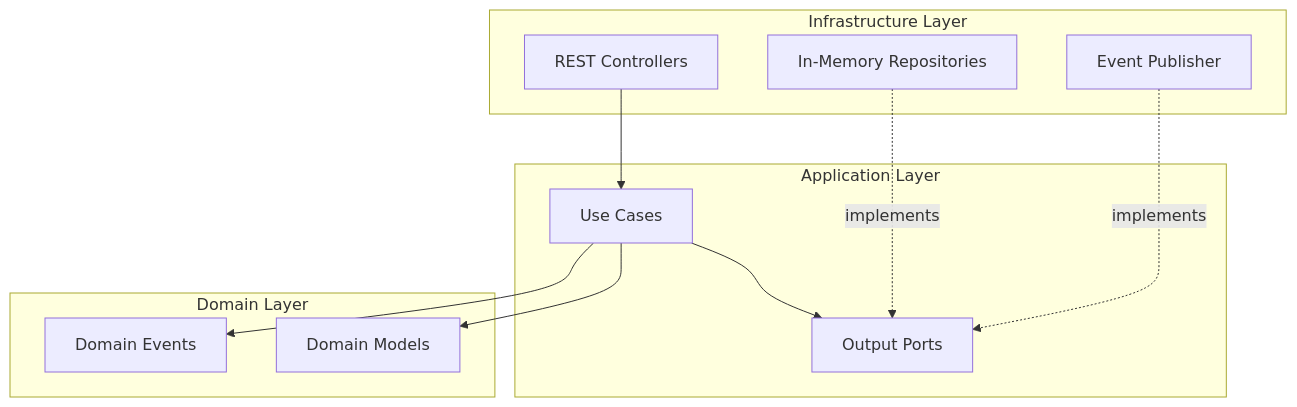
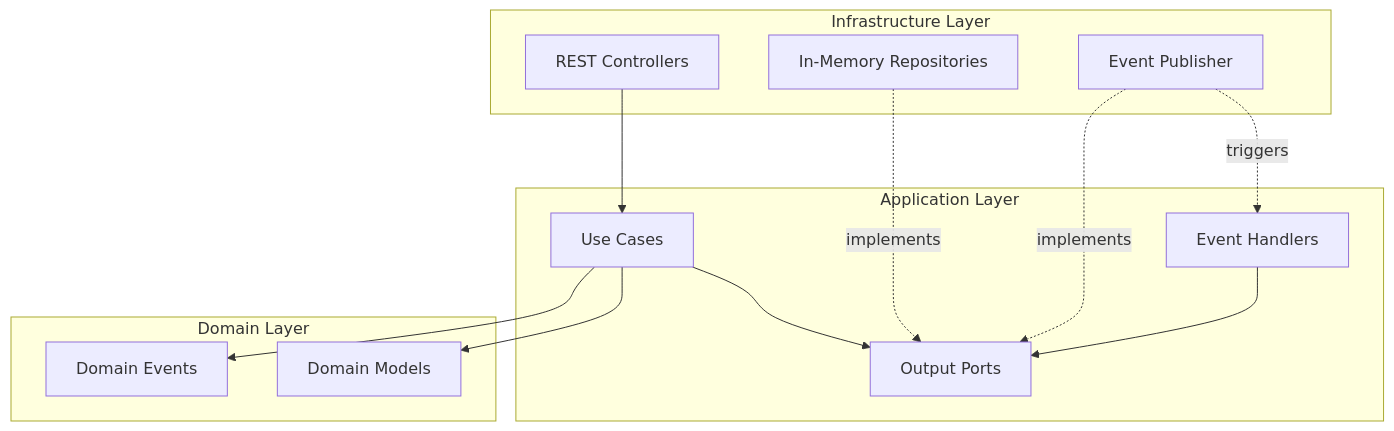
The first of 2 diagrams in README.md (salaesp/mini-x), drawn with Mermaid before and after one commit.

Commit message:
Added handlers to component diagram

````diff
--- a/README.md
+++ b/README.md
@@ -56,25 +56,28 @@
 ```mermaid
 graph TB
     subgraph Infrastructure["Infrastructure Layer"]
         Controllers["REST Controllers"]
         Repos["In-Memory Repositories"]
         EventPub["Event Publisher"]
     end
     
     subgraph Application["Application Layer"]
         UseCases["Use Cases"]
+        Handlers["Event Handlers"]
         Ports["Output Ports"]
     end
     
     subgraph Domain[" Domain Layer"]
         Models["Domain Models"]
         Events["Domain Events"]
     end
     
     Controllers --> UseCases
+    EventPub -.triggers.-> Handlers
     UseCases --> Ports
+    Handlers --> Ports
     UseCases --> Models
     UseCases --> Events
     Repos -.implements.-> Ports
     EventPub -.implements.-> Ports
 ```
````
